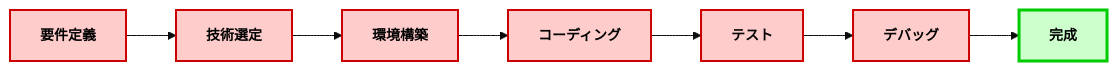
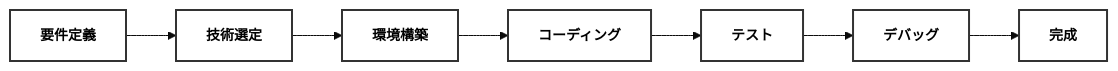
The first of 2 diagrams in docs/index.md (mukoubuchi/vector-search-hands-on), drawn with Mermaid before and after one commit. The commit also changed other lines of this file and 1 other file, not shown here.

Commit message:
docs: 図のスタイル変更（BBを緑、Bobを青に）
- WFの工程と完成を白背景・黒枠に統一
- Building Blocksを緑色（#ccffcc）で強調
- IBM Bobを青色（#cce5ff）で強調
- 枠線を太く（3px）、フォントを太字にして視認性向上

````diff
--- a/docs/index.md
+++ b/docs/index.md
@@ -16,16 +16,15 @@
 ```mermaid
 %%{init: {'theme':'base', 'themeVariables': { 'fontSize':'14px'}}}%%
 graph LR
-    t1["<b>要件定義</b>"]:::tradBox
-    t2["<b>技術選定</b>"]:::tradBox
-    t3["<b>環境構築</b>"]:::tradBox
-    t4["<b>コーディング</b>"]:::tradBox
-    t5["<b>テスト</b>"]:::tradBox
-    t6["<b>デバッグ</b>"]:::tradBox
-    t7["<b>完成</b>"]:::completeBox
+    t1["<b>要件定義</b>"]:::defaultBox
+    t2["<b>技術選定</b>"]:::defaultBox
+    t3["<b>環境構築</b>"]:::defaultBox
+    t4["<b>コーディング</b>"]:::defaultBox
+    t5["<b>テスト</b>"]:::defaultBox
+    t6["<b>デバッグ</b>"]:::defaultBox
+    t7["<b>完成</b>"]:::defaultBox
     
     t1 --> t2 --> t3 --> t4 --> t5 --> t6 --> t7
     
-    classDef tradBox fill:#ffcccc,stroke:#cc0000,stroke-width:2px,color:#000
-    classDef completeBox fill:#ccffcc,stroke:#00cc00,stroke-width:3px,color:#000,font-weight:bold
+    classDef defaultBox fill:#fff,stroke:#333,stroke-width:2px,color:#000
 ```
````
